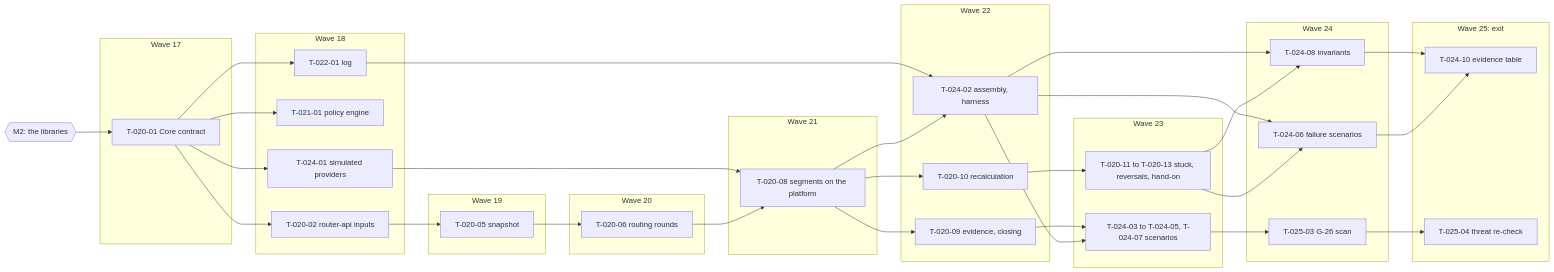
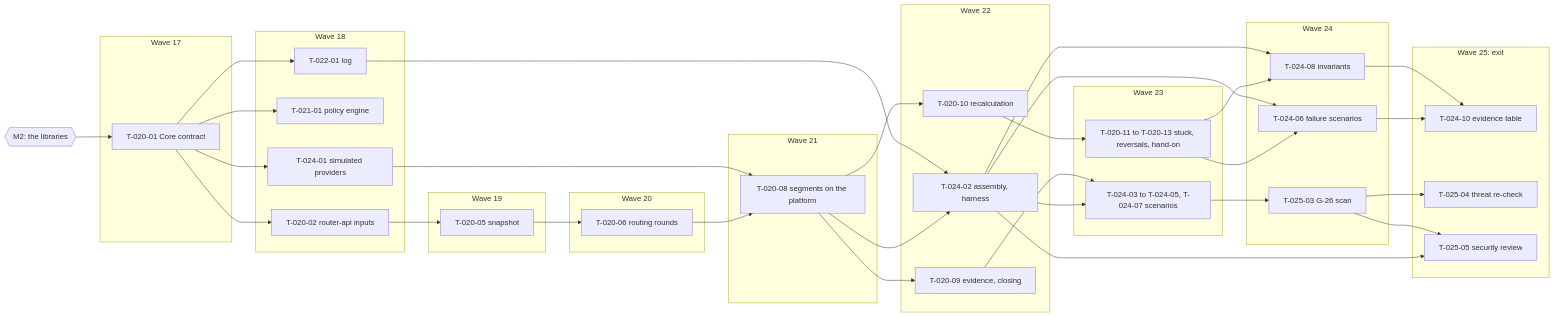
One commit to bloque-app/rutent changed the third of 3 diagrams in PLAN.md. Above: the diagram before and after it, drawn with Mermaid. The commit also changed other lines of this file, not shown here.

First line of the commit message:
M3: the security review follows the last workflow edit

````diff
--- a/PLAN.md
+++ b/PLAN.md
@@ -869,50 +869,52 @@
 ```mermaid
 flowchart LR
   M2{{"M2: the libraries"}}
   subgraph W17["Wave 17"]
     C["T-020-01 Core contract"]
   end
   subgraph W18["Wave 18"]
     Q["T-020-02 router-api inputs"]
     Z["T-021-01 policy engine"]
     L["T-022-01 log"]
     P["T-024-01 simulated providers"]
   end
   subgraph W19["Wave 19"]
     S["T-020-05 snapshot"]
   end
   subgraph W20["Wave 20"]
     R["T-020-06 routing rounds"]
   end
   subgraph W21["Wave 21"]
     X["T-020-08 segments on the platform"]
   end
   subgraph W22["Wave 22"]
     E["T-020-09 evidence, closing"]
     RC["T-020-10 recalculation"]
     H["T-024-02 assembly, harness"]
   end
   subgraph W23["Wave 23"]
     ST["T-020-11 to T-020-13 stuck, reversals, hand-on"]
     S4["T-024-03 to T-024-05, T-024-07 scenarios"]
   end
   subgraph W24["Wave 24"]
     S6["T-024-06 failure scenarios"]
     I["T-024-08 invariants"]
     V["T-025-03 G-26 scan"]
   end
   subgraph W25["Wave 25: exit"]
     T["T-024-10 evidence table"]
     TR["T-025-04 threat re-check"]
+    SR["T-025-05 security review"]
   end
   M2 --> C
   C --> Q & Z & L & P
   Q --> S --> R --> X
   P --> X
   X --> E & RC & H
   L --> H
   RC --> ST --> S6 & I
   H --> S4 & S6 & I
   E --> S4 --> V --> TR
   S6 & I --> T
+  H & V --> SR
 ```
````
